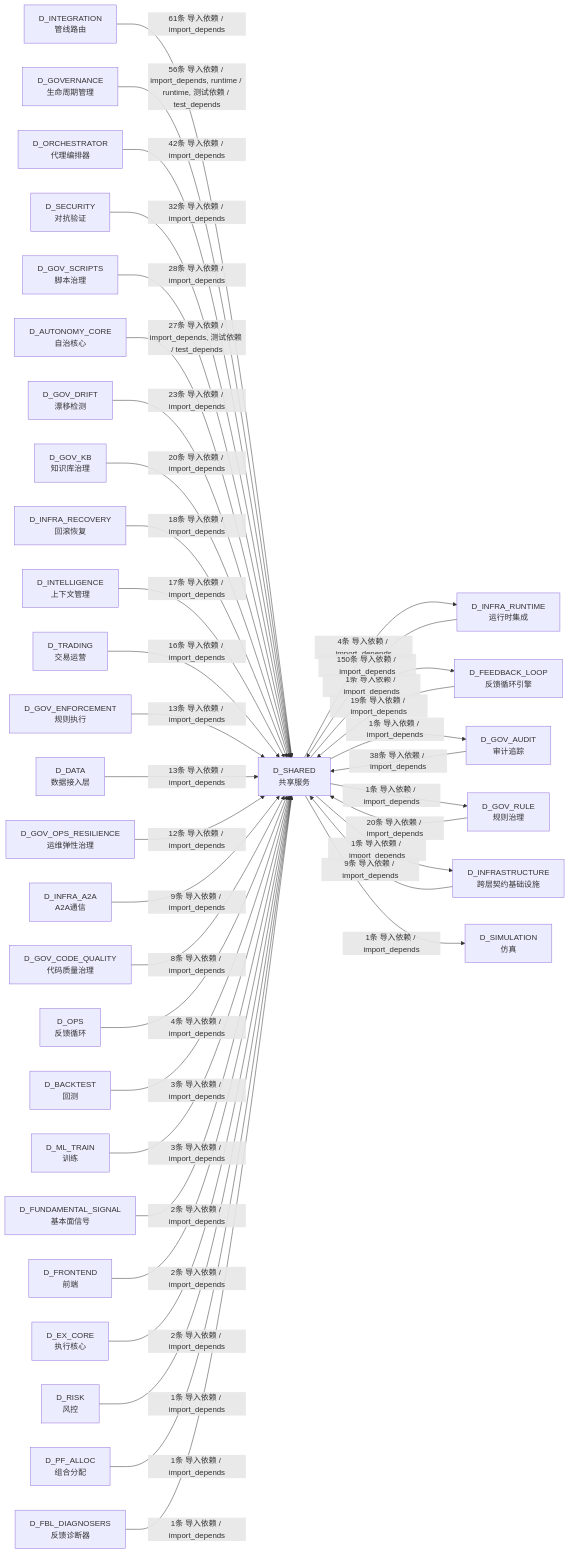
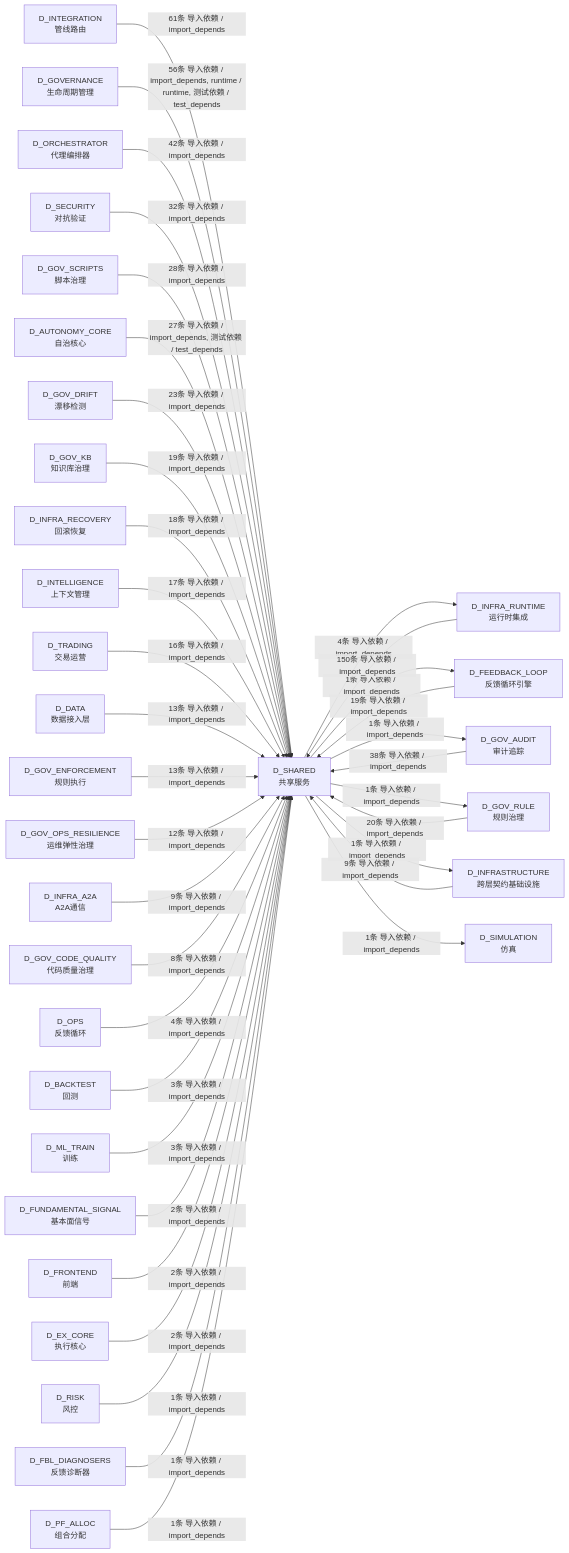
Before and after one commit to xuanFelixVan/ZephyrAlpha: the tenth of 10 diagrams in docs/02_enterprise_architecture/02_domain_architecture_docs/26_d_shared.md, drawn with Mermaid. The commit also changed other lines of this file and 102 other files, not shown here.

````diff
--- a/docs/02_enterprise_architecture/02_domain_architecture_docs/26_d_shared.md
+++ b/docs/02_enterprise_architecture/02_domain_architecture_docs/26_d_shared.md
@@ -1738,71 +1749,71 @@
 ```mermaid
 graph LR
     D_SHARED["D_SHARED<br/>共享服务"]
     D_INFRA_RUNTIME["D_INFRA_RUNTIME<br/>运行时集成"]
     D_FEEDBACK_LOOP["D_FEEDBACK_LOOP<br/>反馈循环引擎"]
     D_GOV_AUDIT["D_GOV_AUDIT<br/>审计追踪"]
     D_GOV_RULE["D_GOV_RULE<br/>规则治理"]
     D_INFRASTRUCTURE["D_INFRASTRUCTURE<br/>跨层契约基础设施"]
     D_SIMULATION["D_SIMULATION<br/>仿真"]
     D_INTEGRATION["D_INTEGRATION<br/>管线路由"]
     D_GOVERNANCE["D_GOVERNANCE<br/>生命周期管理"]
     D_ORCHESTRATOR["D_ORCHESTRATOR<br/>代理编排器"]
     D_SECURITY["D_SECURITY<br/>对抗验证"]
     D_GOV_SCRIPTS["D_GOV_SCRIPTS<br/>脚本治理"]
     D_AUTONOMY_CORE["D_AUTONOMY_CORE<br/>自治核心"]
     D_GOV_DRIFT["D_GOV_DRIFT<br/>漂移检测"]
     D_GOV_KB["D_GOV_KB<br/>知识库治理"]
     D_INFRA_RECOVERY["D_INFRA_RECOVERY<br/>回滚恢复"]
     D_INTELLIGENCE["D_INTELLIGENCE<br/>上下文管理"]
     D_TRADING["D_TRADING<br/>交易运营"]
+    D_DATA["D_DATA<br/>数据接入层"]
     D_GOV_ENFORCEMENT["D_GOV_ENFORCEMENT<br/>规则执行"]
-    D_DATA["D_DATA<br/>数据接入层"]
     D_GOV_OPS_RESILIENCE["D_GOV_OPS_RESILIENCE<br/>运维弹性治理"]
     D_INFRA_A2A["D_INFRA_A2A<br/>A2A通信"]
     D_GOV_CODE_QUALITY["D_GOV_CODE_QUALITY<br/>代码质量治理"]
     D_OPS["D_OPS<br/>反馈循环"]
     D_BACKTEST["D_BACKTEST<br/>回测"]
     D_ML_TRAIN["D_ML_TRAIN<br/>训练"]
     D_FUNDAMENTAL_SIGNAL["D_FUNDAMENTAL_SIGNAL<br/>基本面信号"]
     D_FRONTEND["D_FRONTEND<br/>前端"]
     D_EX_CORE["D_EX_CORE<br/>执行核心"]
     D_RISK["D_RISK<br/>风控"]
+    D_FBL_DIAGNOSERS["D_FBL_DIAGNOSERS<br/>反馈诊断器"]
     D_PF_ALLOC["D_PF_ALLOC<br/>组合分配"]
-    D_FBL_DIAGNOSERS["D_FBL_DIAGNOSERS<br/>反馈诊断器"]
     D_SHARED -->|4条 导入依赖 / import_depends| D_INFRA_RUNTIME
     D_SHARED -->|1条 导入依赖 / import_depends| D_FEEDBACK_LOOP
     D_SHARED -->|1条 导入依赖 / import_depends| D_GOV_AUDIT
     D_SHARED -->|1条 导入依赖 / import_depends| D_GOV_RULE
     D_SHARED -->|1条 导入依赖 / import_depends| D_INFRASTRUCTURE
     D_SHARED -->|1条 导入依赖 / import_depends| D_SIMULATION
     D_INFRA_RUNTIME -->|150条 导入依赖 / import_depends| D_SHARED
     D_INTEGRATION -->|61条 导入依赖 / import_depends| D_SHARED
     D_GOVERNANCE -->|56条 导入依赖 / import_depends, runtime / runtime, 测试依赖 / test_depends| D_SHARED
     D_ORCHESTRATOR -->|42条 导入依赖 / import_depends| D_SHARED
     D_GOV_AUDIT -->|38条 导入依赖 / import_depends| D_SHARED
     D_SECURITY -->|32条 导入依赖 / import_depends| D_SHARED
     D_GOV_SCRIPTS -->|28条 导入依赖 / import_depends| D_SHARED
     D_AUTONOMY_CORE -->|27条 导入依赖 / import_depends, 测试依赖 / test_depends| D_SHARED
     D_GOV_DRIFT -->|23条 导入依赖 / import_depends| D_SHARED
     D_GOV_RULE -->|20条 导入依赖 / import_depends| D_SHARED
-    D_GOV_KB -->|20条 导入依赖 / import_depends| D_SHARED
+    D_GOV_KB -->|19条 导入依赖 / import_depends| D_SHARED
     D_FEEDBACK_LOOP -->|19条 导入依赖 / import_depends| D_SHARED
     D_INFRA_RECOVERY -->|18条 导入依赖 / import_depends| D_SHARED
     D_INTELLIGENCE -->|17条 导入依赖 / import_depends| D_SHARED
     D_TRADING -->|16条 导入依赖 / import_depends| D_SHARED
+    D_DATA -->|13条 导入依赖 / import_depends| D_SHARED
     D_GOV_ENFORCEMENT -->|13条 导入依赖 / import_depends| D_SHARED
-    D_DATA -->|13条 导入依赖 / import_depends| D_SHARED
     D_GOV_OPS_RESILIENCE -->|12条 导入依赖 / import_depends| D_SHARED
     D_INFRASTRUCTURE -->|9条 导入依赖 / import_depends| D_SHARED
     D_INFRA_A2A -->|9条 导入依赖 / import_depends| D_SHARED
     D_GOV_CODE_QUALITY -->|8条 导入依赖 / import_depends| D_SHARED
     D_OPS -->|4条 导入依赖 / import_depends| D_SHARED
     D_BACKTEST -->|3条 导入依赖 / import_depends| D_SHARED
     D_ML_TRAIN -->|3条 导入依赖 / import_depends| D_SHARED
     D_FUNDAMENTAL_SIGNAL -->|2条 导入依赖 / import_depends| D_SHARED
     D_FRONTEND -->|2条 导入依赖 / import_depends| D_SHARED
     D_EX_CORE -->|2条 导入依赖 / import_depends| D_SHARED
     D_RISK -->|1条 导入依赖 / import_depends| D_SHARED
+    D_FBL_DIAGNOSERS -->|1条 导入依赖 / import_depends| D_SHARED
     D_PF_ALLOC -->|1条 导入依赖 / import_depends| D_SHARED
-    D_FBL_DIAGNOSERS -->|1条 导入依赖 / import_depends| D_SHARED
 ```
````
